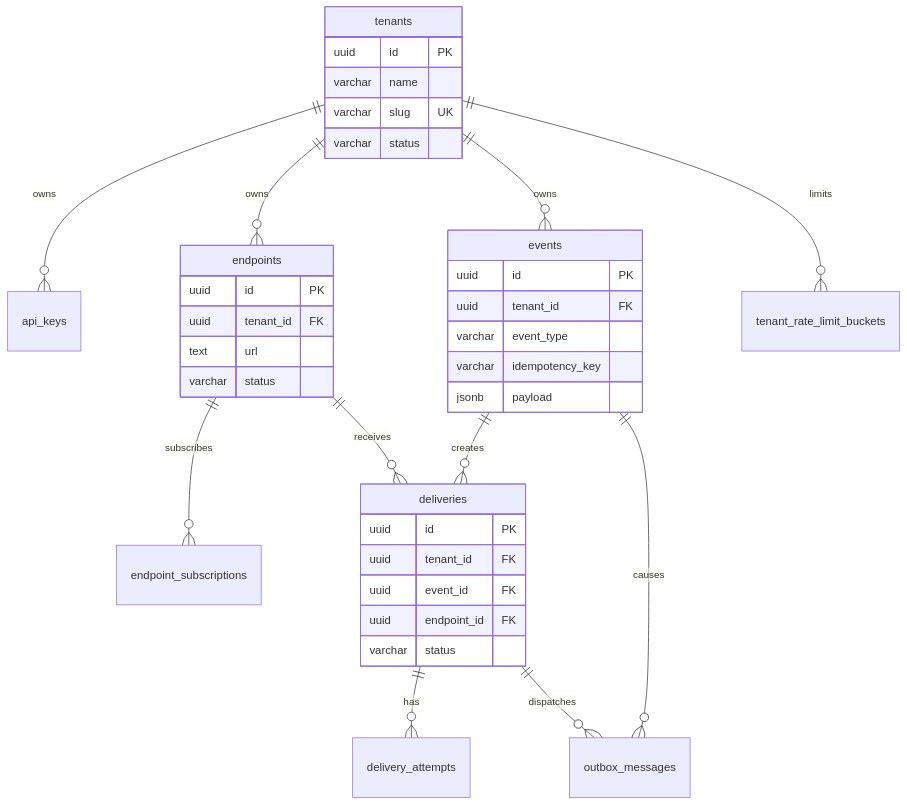
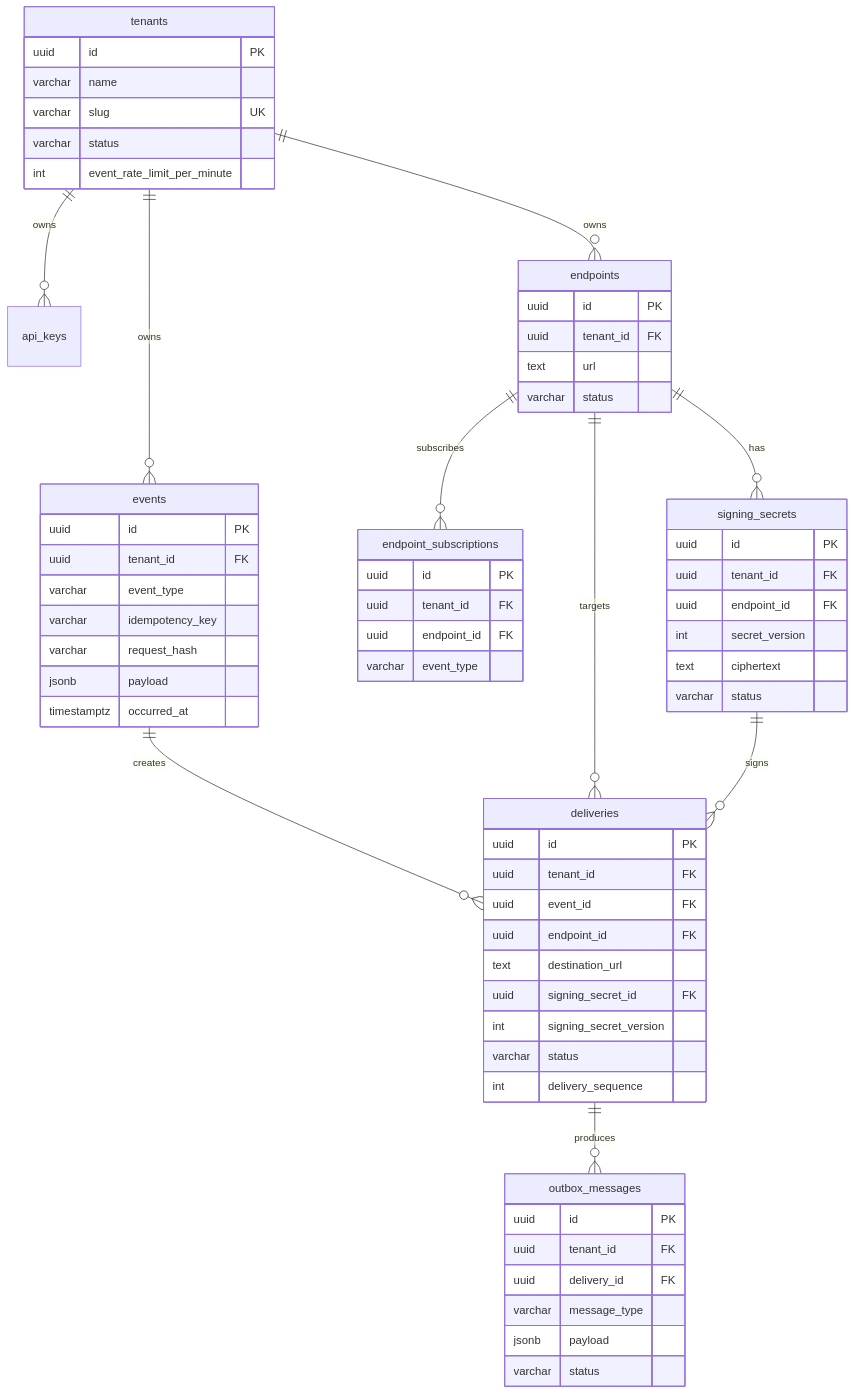
The diagram in docs/DATABASE.md (priyamrajput-dev/orchestrail), drawn with Mermaid before and after one commit. The commit also changed other lines of this file and 50 other files, not shown here.

Commit message:
Implement event ingestion, idempotency, and outbox writes

````diff
--- a/docs/DATABASE.md
+++ b/docs/DATABASE.md
@@ -20,40 +36,68 @@
 ```mermaid
 erDiagram
     tenants ||--o{ api_keys : owns
     tenants ||--o{ events : owns
     tenants ||--o{ endpoints : owns
     endpoints ||--o{ endpoint_subscriptions : subscribes
+    endpoints ||--o{ signing_secrets : has
     events ||--o{ deliveries : creates
-    endpoints ||--o{ deliveries : receives
-    deliveries ||--o{ delivery_attempts : has
-    events ||--o{ outbox_messages : causes
-    deliveries ||--o{ outbox_messages : dispatches
-    tenants ||--o{ tenant_rate_limit_buckets : limits
+    endpoints ||--o{ deliveries : targets
+    signing_secrets ||--o{ deliveries : signs
+    deliveries ||--o{ outbox_messages : produces
 
     tenants {
         uuid id PK
         varchar name
         varchar slug UK
         varchar status
+        int event_rate_limit_per_minute
     }
     events {
         uuid id PK
         uuid tenant_id FK
         varchar event_type
         varchar idempotency_key
+        varchar request_hash
         jsonb payload
+        timestamptz occurred_at
     }
     endpoints {
         uuid id PK
         uuid tenant_id FK
         text url
         varchar status
     }
+    signing_secrets {
+        uuid id PK
+        uuid tenant_id FK
+        uuid endpoint_id FK
+        int secret_version
+        text ciphertext
+        varchar status
+    }
+    endpoint_subscriptions {
+        uuid id PK
+        uuid tenant_id FK
+        uuid endpoint_id FK
+        varchar event_type
+    }
     deliveries {
         uuid id PK
         uuid tenant_id FK
         uuid event_id FK
         uuid endpoint_id FK
+        text destination_url
+        uuid signing_secret_id FK
+        int signing_secret_version
+        varchar status
+        int delivery_sequence
+    }
+    outbox_messages {
+        uuid id PK
+        uuid tenant_id FK
+        uuid delivery_id FK
+        varchar message_type
+        jsonb payload
         varchar status
     }
 ```
````
